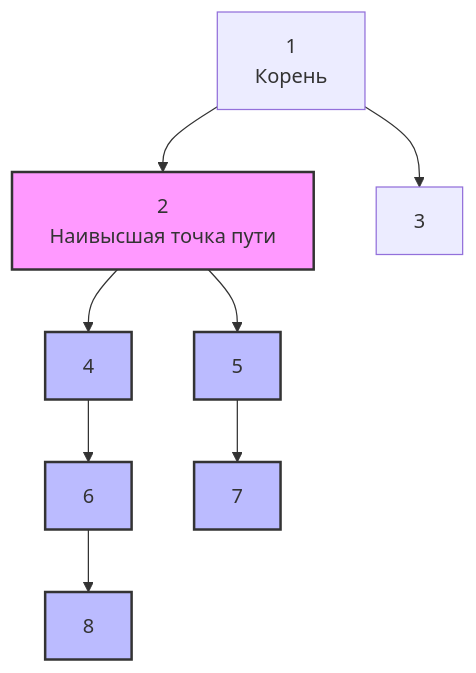
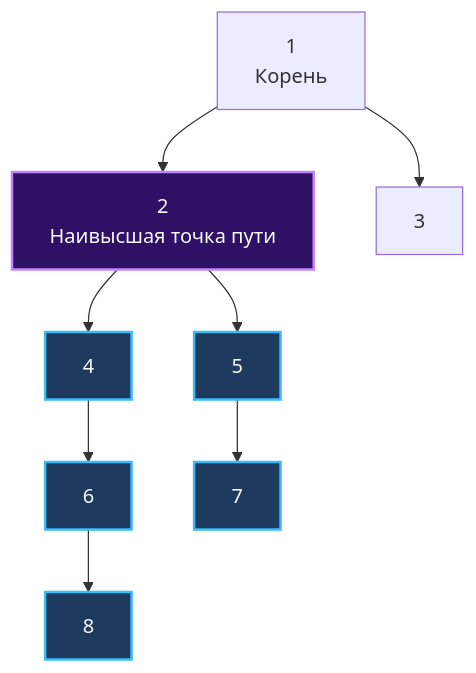
Before and after one commit to UnrealTemplier/go-textbook: the diagram in sources/21. Задачи с LeetCode и собеседований на Go/02. Задачи/13. Деревья/4. Diameter of Binary Tree.md, drawn with Mermaid. The commit also changed 310 other files, not shown here.

First line of the commit message:
fix(mermaid): replace light fill colors with dark palette for readability on dark theme

````diff
--- a/sources/21. Задачи с LeetCode и собеседований на Go/02. Задачи/13. Деревья/4. Diameter of Binary Tree.md
+++ b/sources/21. Задачи с LeetCode и собеседований на Go/02. Задачи/13. Деревья/4. Diameter of Binary Tree.md
@@ -17,17 +17,17 @@
 ```mermaid
 graph TD
     A["1<br>Корень"] --> B["2<br>Наивысшая точка пути"]
     A --> C["3"]
     B --> D["4"]
     B --> E["5"]
     D --> F["6"]
     E --> G["7"]
     F --> H["8"]
     
-    style B fill:#f9f,stroke:#333,stroke-width:2px
-    style D fill:#bbf,stroke:#333,stroke-width:2px
-    style E fill:#bbf,stroke:#333,stroke-width:2px
-    style F fill:#bbf,stroke:#333,stroke-width:2px
-    style G fill:#bbf,stroke:#333,stroke-width:2px
-    style H fill:#bbf,stroke:#333,stroke-width:2px
+    style B fill:#2e1065,stroke:#c084fc,stroke-width:2px,color:#f8fafc
+    style D fill:#1e3a5f,stroke:#38bdf8,stroke-width:2px,color:#f8fafc
+    style E fill:#1e3a5f,stroke:#38bdf8,stroke-width:2px,color:#f8fafc
+    style F fill:#1e3a5f,stroke:#38bdf8,stroke-width:2px,color:#f8fafc
+    style G fill:#1e3a5f,stroke:#38bdf8,stroke-width:2px,color:#f8fafc
+    style H fill:#1e3a5f,stroke:#38bdf8,stroke-width:2px,color:#f8fafc
 ```
````
